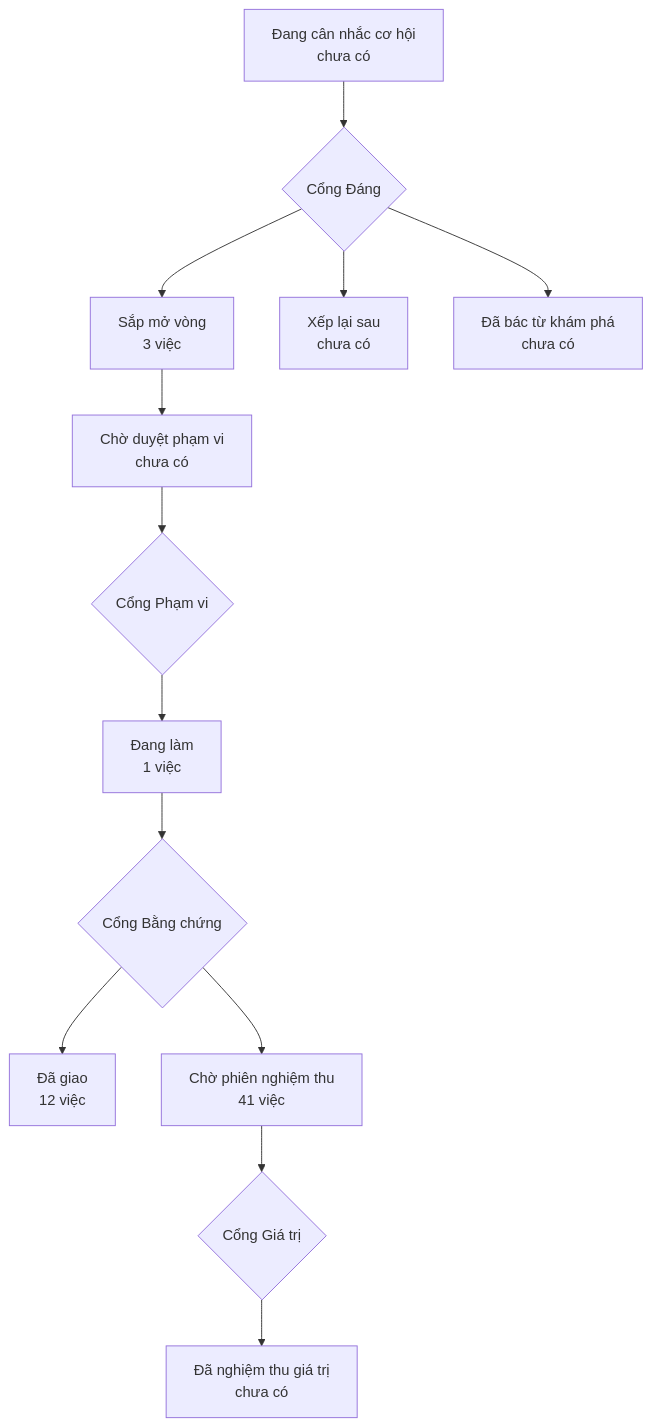
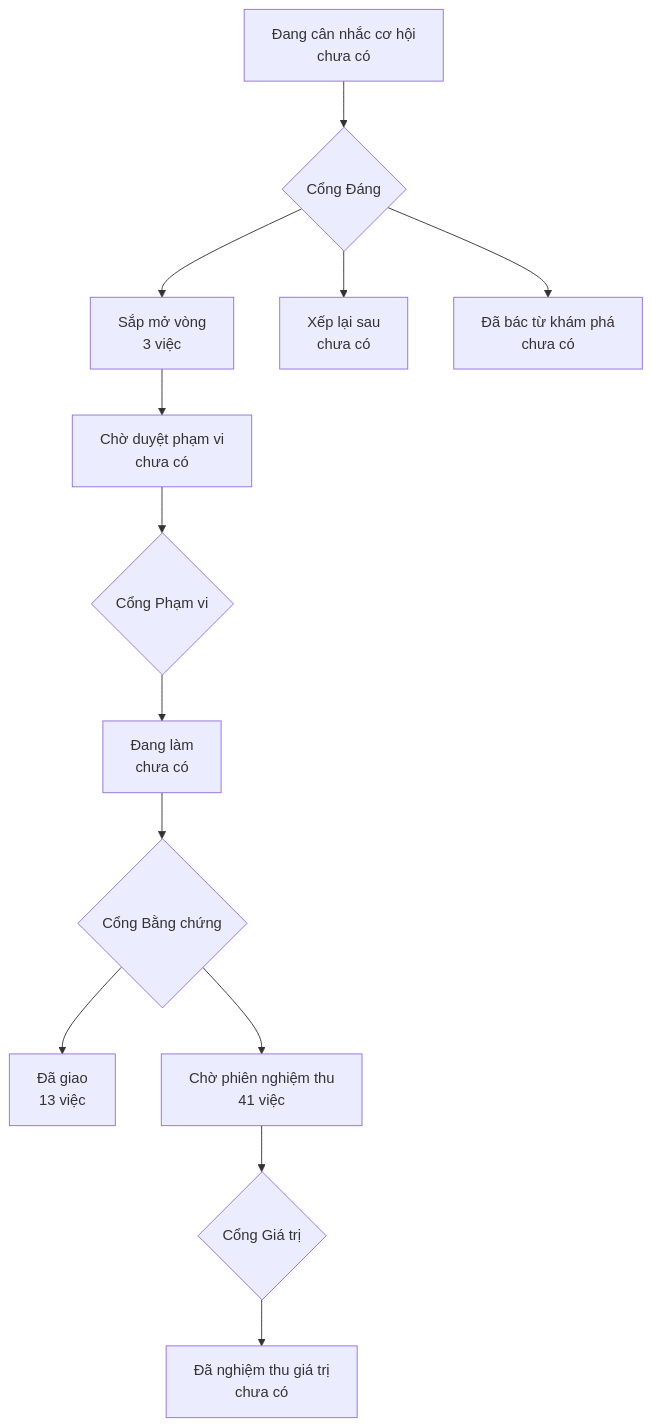
The diagram in PRODUCT-MAP.md (phanlemanh/onehub-quy-hang), drawn with Mermaid before and after one commit. The commit also changed other lines of this file and 4 other files, not shown here.

````diff
--- a/PRODUCT-MAP.md
+++ b/PRODUCT-MAP.md
@@ -7,12 +7,12 @@
 ```mermaid
 flowchart TD
   A["Đang cân nhắc cơ hội<br/>chưa có"] --> GD{"Cổng Đáng"}
   GD --> B["Sắp mở vòng<br/>3 việc"]
   GD --> XL["Xếp lại sau<br/>chưa có"]
   GD --> DB["Đã bác từ khám phá<br/>chưa có"]
   B --> CD["Chờ duyệt phạm vi<br/>chưa có"] --> GP{"Cổng Phạm vi"}
-  GP --> DL["Đang làm<br/>1 việc"] --> GB{"Cổng Bằng chứng"}
-  GB --> DG["Đã giao<br/>12 việc"]
+  GP --> DL["Đang làm<br/>chưa có"] --> GB{"Cổng Bằng chứng"}
+  GB --> DG["Đã giao<br/>13 việc"]
   GB --> CN["Chờ phiên nghiệm thu<br/>41 việc"] --> GG{"Cổng Giá trị"}
   GG --> NT["Đã nghiệm thu giá trị<br/>chưa có"]
 ```
````
